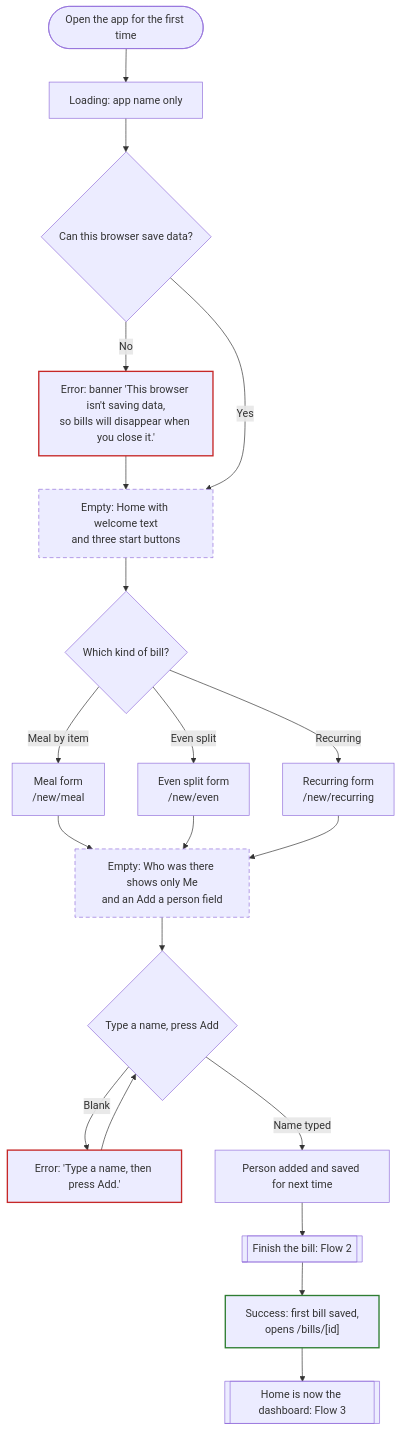
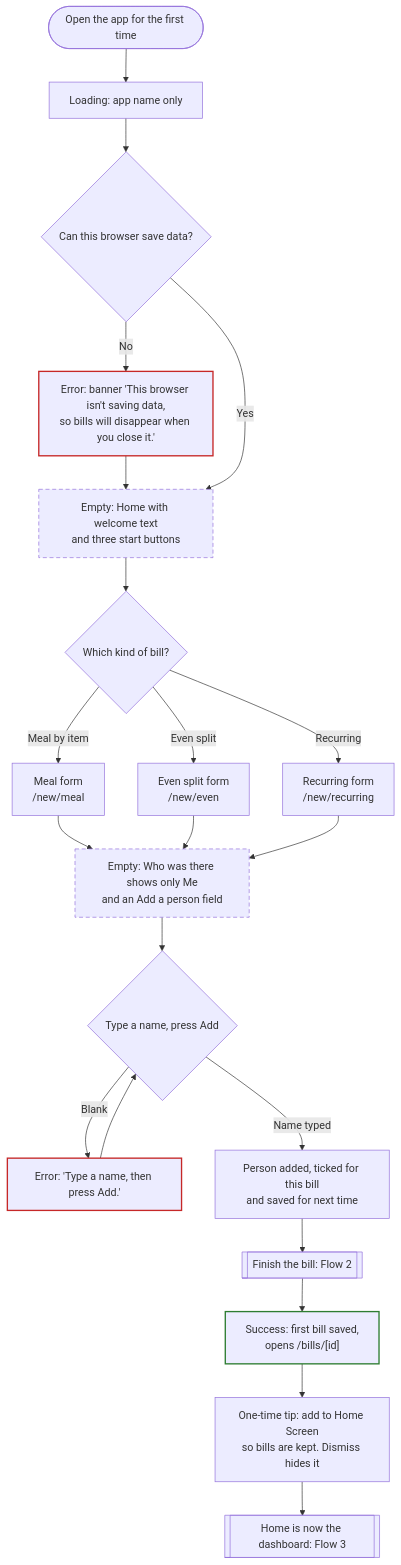
The first of 3 diagrams in README.md (quincyleung/bill-splitter), drawn with Mermaid before and after one commit. The commit also changed 3 other files, not shown here.

Commit message:
Add research-backed onboarding details to flows

````diff
--- a/README.md
+++ b/README.md
@@ -13,29 +13,30 @@
 ```mermaid
 flowchart TD
   start(["Open the app for the first time"]) --> loading["Loading: app name only"]
   loading --> canSave{"Can this browser save data?"}
   canSave -->|No| errStorage["Error: banner 'This browser isn't saving data,<br/>so bills will disappear when you close it.'"]
   errStorage --> welcome
   canSave -->|Yes| welcome["Empty: Home with welcome text<br/>and three start buttons"]
   welcome --> mode{"Which kind of bill?"}
   mode -->|Meal by item| meal["Meal form<br/>/new/meal"]
   mode -->|Even split| even["Even split form<br/>/new/even"]
   mode -->|Recurring| rec["Recurring form<br/>/new/recurring"]
   meal --> noPeople
   even --> noPeople
   rec --> noPeople
   noPeople["Empty: Who was there shows only Me<br/>and an Add a person field"] --> addName{"Type a name, press Add"}
   addName -->|Blank| errName["Error: 'Type a name, then press Add.'"]
   errName --> addName
-  addName -->|Name typed| savedPerson["Person added and saved for next time"]
+  addName -->|Name typed| savedPerson["Person added, ticked for this bill<br/>and saved for next time"]
   savedPerson --> mainTask[["Finish the bill: Flow 2"]]
   mainTask --> firstBill["Success: first bill saved,<br/>opens /bills/[id]"]
-  firstBill --> dashboard[["Home is now the dashboard: Flow 3"]]
+  firstBill --> homeTip["One-time tip: add to Home Screen<br/>so bills are kept. Dismiss hides it"]
+  homeTip --> dashboard[["Home is now the dashboard: Flow 3"]]
 
   classDef error stroke:#c62828,stroke-width:2px
   classDef empty stroke-dasharray:6 4
   classDef success stroke:#2e7d32,stroke-width:2px
   class errStorage,errName error
   class welcome,noPeople empty
   class firstBill success
 ```
````
